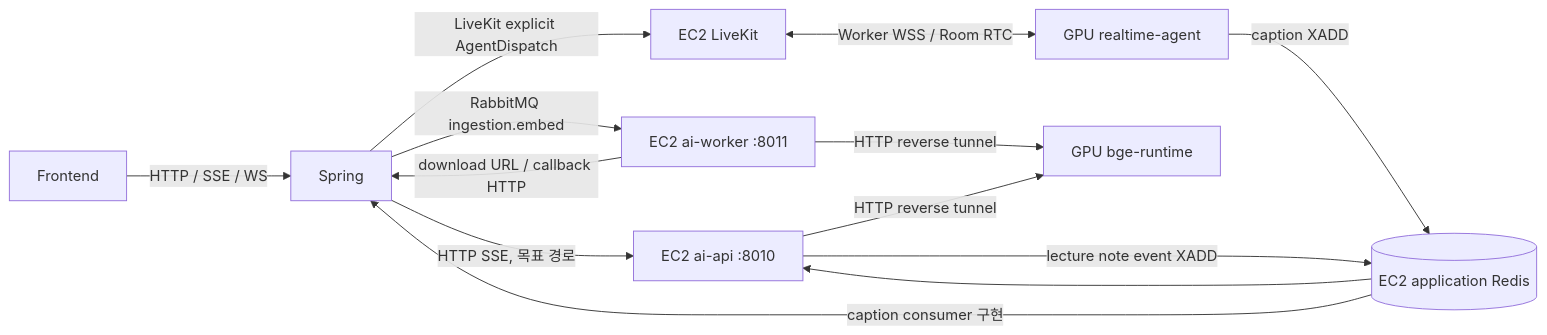
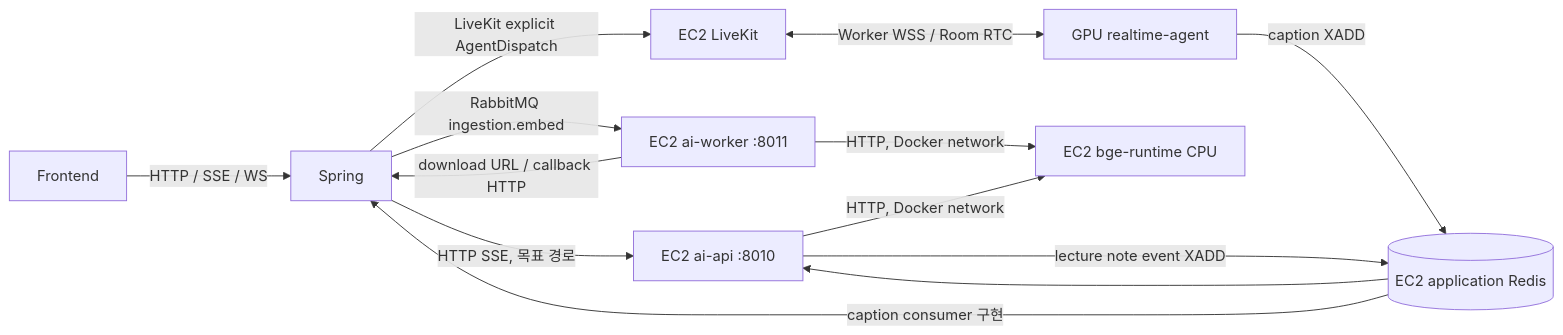
One commit to thdwjdrl401/jiphyeonjeon changed the diagram in docs/ai/CONTRACT.md. Above: the diagram before and after it, drawn with Mermaid. The commit also changed other lines of this file and 108 other files, not shown here.

````diff
--- a/docs/ai/CONTRACT.md
+++ b/docs/ai/CONTRACT.md
@@ -27,15 +27,15 @@
 ```mermaid
 flowchart LR
     FE[Frontend] -->|HTTP / SSE / WS| Spring[Spring]
     Spring -->|HTTP SSE, 목표 경로| Api[EC2 ai-api :8010]
     Spring -->|RabbitMQ ingestion.embed| Worker[EC2 ai-worker :8011]
     Worker -->|download URL / callback HTTP| Spring
     Spring -->|LiveKit explicit AgentDispatch| LiveKit[EC2 LiveKit]
     LiveKit <-->|Worker WSS / Room RTC| Agent[GPU realtime-agent]
     Agent -->|caption XADD| Redis[(EC2 application Redis)]
     Redis --> Api
     Api -->|lecture note event XADD| Redis
     Redis -->|caption consumer 구현| Spring
-    Worker -->|HTTP reverse tunnel| BGE[GPU bge-runtime]
-    Api -->|HTTP reverse tunnel| BGE
+    Worker -->|HTTP, Docker network| BGE[EC2 bge-runtime CPU]
+    Api -->|HTTP, Docker network| BGE
 ```
````
